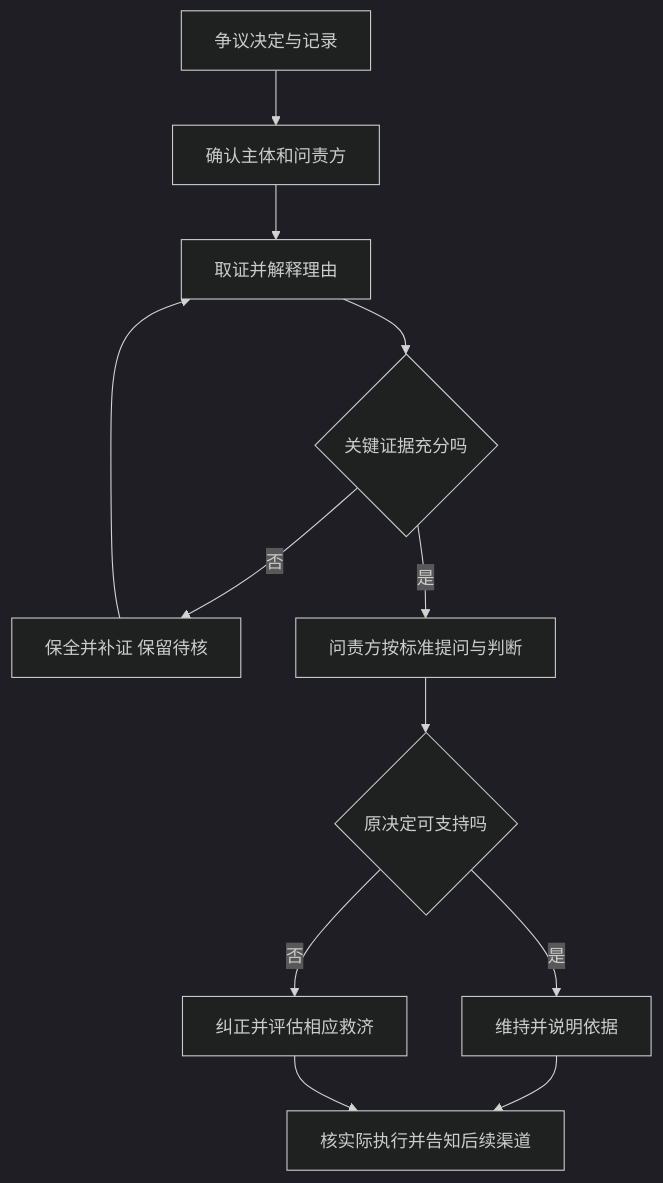
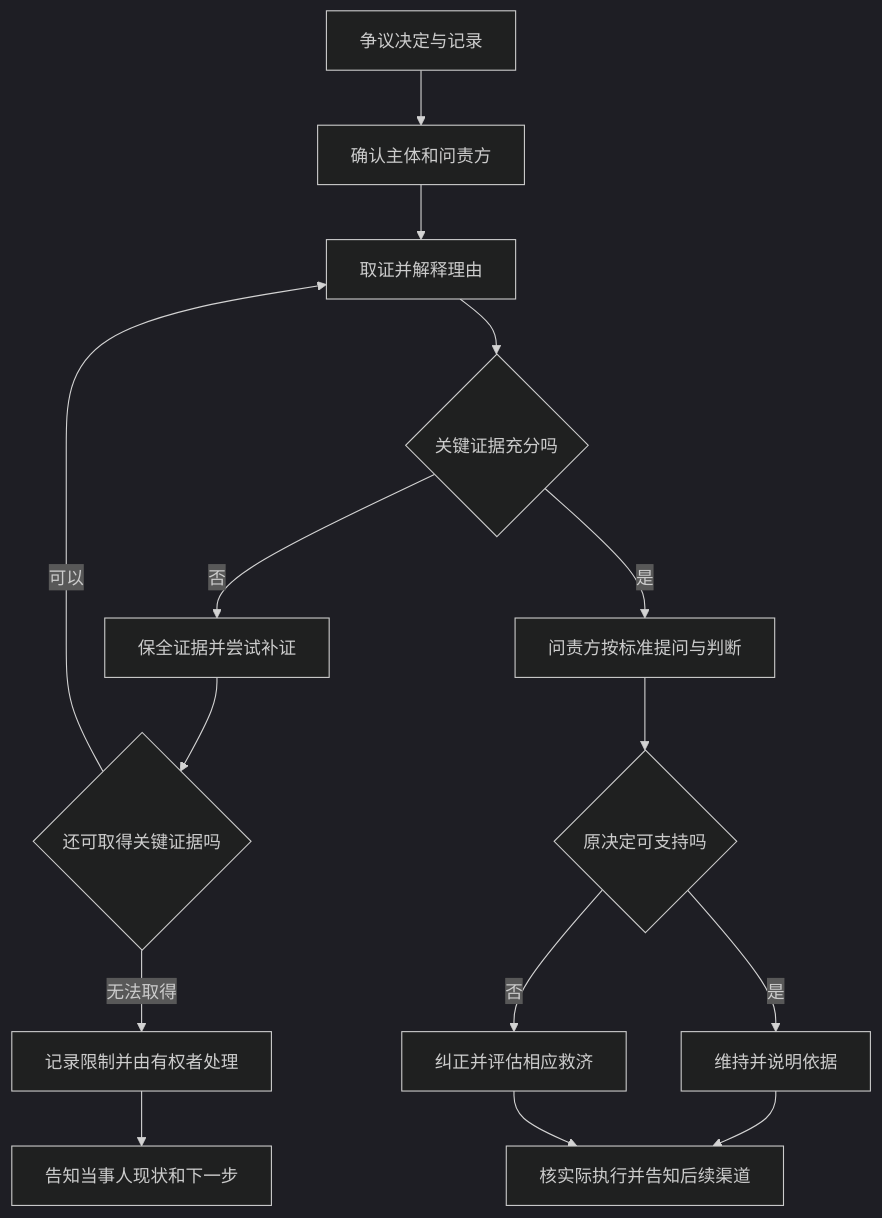
One commit to CercaTrovato/cityu-ai-course-notes changed the first of 3 diagrams in IS5113_AI_Ethics_and_Regulations/notes/M05-AI问责-责任链治理与救济.md. Above: the diagram before and after it, drawn with Mermaid (dark theme). The commit also changed other lines of this file and 2300 other files, not shown here.

First line of the commit message:
完善五课程逐页学习笔记、课件原图与修补规范

````diff
--- a/IS5113_AI_Ethics_and_Regulations/notes/M05-AI问责-责任链治理与救济.md
+++ b/IS5113_AI_Ethics_and_Regulations/notes/M05-AI问责-责任链治理与救济.md
@@ -616,14 +1553,17 @@
 ```mermaid
 flowchart TD
  A[争议决定与记录] --> B[确认主体和问责方]
  B --> C[取证并解释理由]
  C --> D{关键证据充分吗}
- D -->|否| P[保全并补证 保留待核]
- P --> C
+ D -->|否| P[保全证据并尝试补证]
+ P --> Q{还可取得关键证据吗}
+ Q -->|可以| C
+ Q -->|无法取得| R[记录限制并由有权者处理]
+ R --> S[告知当事人现状和下一步]
  D -->|是| E[问责方按标准提问与判断]
  E --> F{原决定可支持吗}
  F -->|是| G[维持并说明依据]
  F -->|否| H[纠正并评估相应救济]
  G --> I[核实际执行并告知后续渠道]
  H --> I
 ```
````
